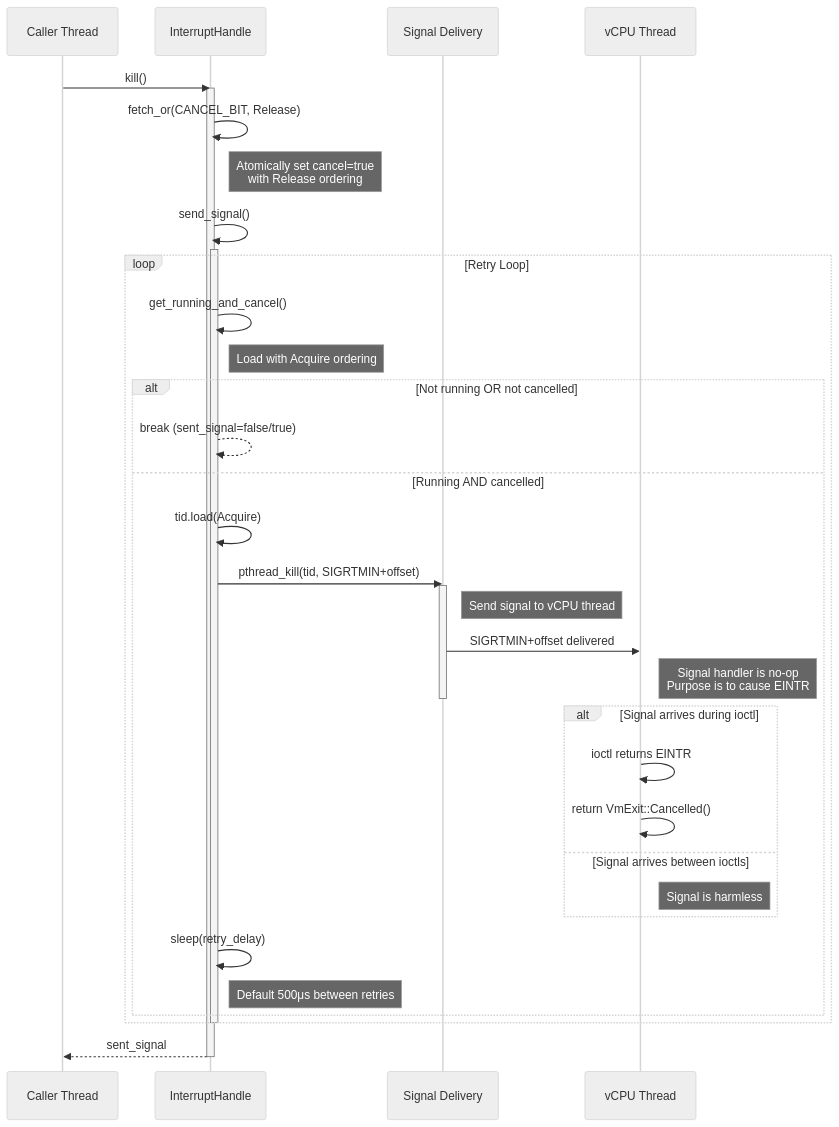
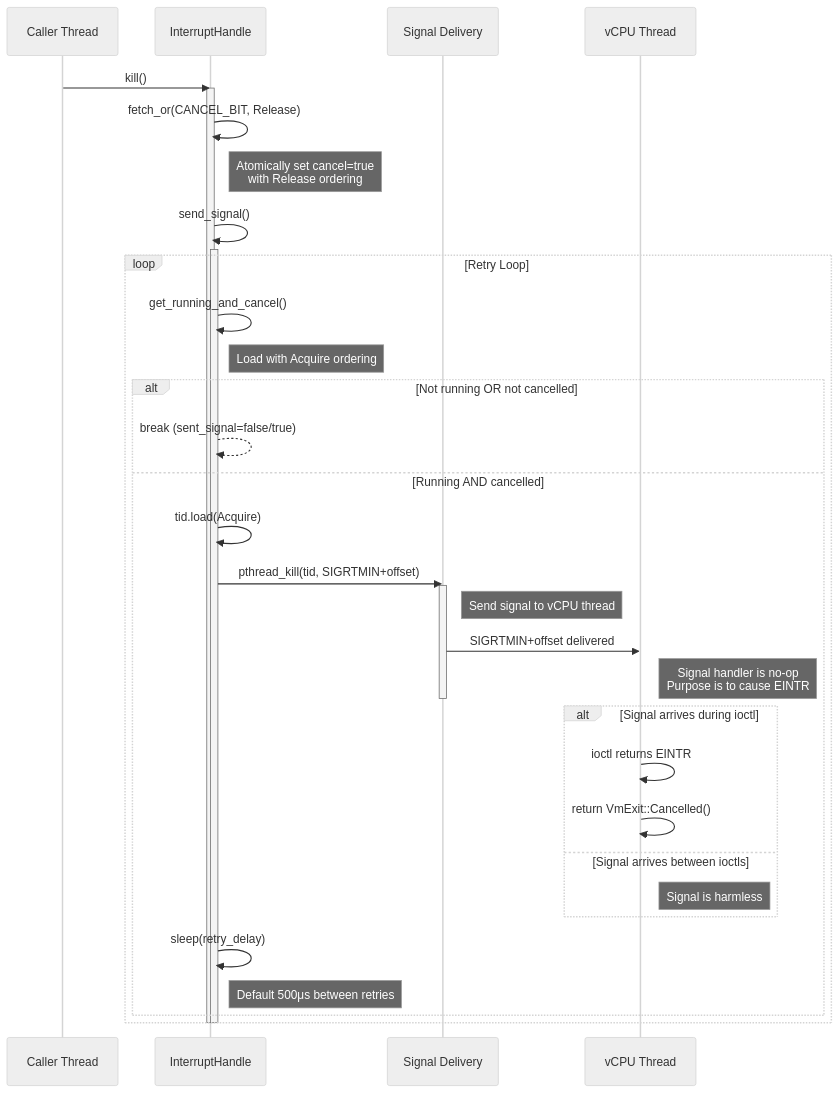
The second of 3 diagrams in docs/cancellation.md (hyperlight-dev/hyperlight), drawn with Mermaid (neutral theme) before and after one commit. The commit also changed 4 other files, not shown here.

````diff
--- a/docs/cancellation.md
+++ b/docs/cancellation.md
@@ -125,47 +125,46 @@
 ```mermaid
 sequenceDiagram
     participant Caller as Caller Thread
     participant IH as InterruptHandle
     participant Signal as Signal Delivery
     participant vCPU as vCPU Thread
 
     Caller->>IH: kill()
     activate IH
     
     IH->>IH: fetch_or(CANCEL_BIT, Release)
     Note right of IH: Atomically set cancel=true<br/>with Release ordering
     
     IH->>IH: send_signal()
     activate IH
     
     loop Retry Loop
         IH->>IH: get_running_and_cancel()
         Note right of IH: Load with Acquire ordering
         
         alt Not running OR not cancelled
             IH-->>IH: break (sent_signal=false/true)
         else Running AND cancelled
             IH->>IH: tid.load(Acquire)
             IH->>Signal: pthread_kill(tid, SIGRTMIN+offset)
             activate Signal
             Note right of Signal: Send signal to vCPU thread
             Signal->>vCPU: SIGRTMIN+offset delivered
             Note right of vCPU: Signal handler is no-op<br/>Purpose is to cause EINTR
             deactivate Signal
             
             alt Signal arrives during ioctl
                 vCPU->>vCPU: ioctl returns EINTR
                 vCPU->>vCPU: return VmExit::Cancelled()
             else Signal arrives between ioctls
                 Note right of vCPU: Signal is harmless
             end
             
             IH->>IH: sleep(retry_delay)
             Note right of IH: Default 500μs between retries
         end
     end
     
     deactivate IH
-    IH-->>Caller: sent_signal
     deactivate IH
 ```
````
